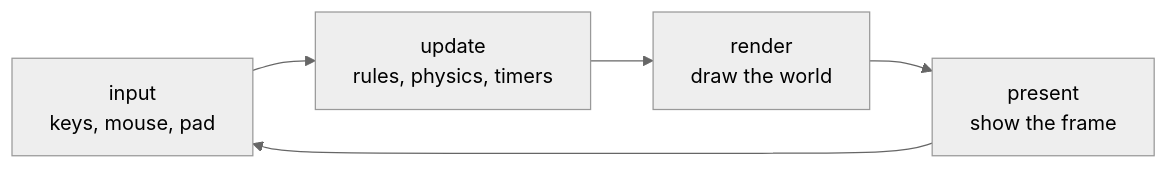
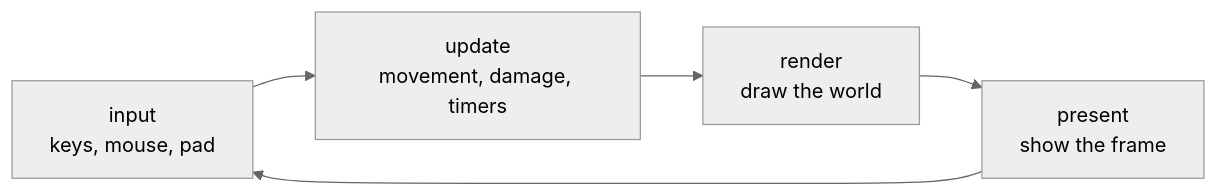
The second of 5 diagrams in site/src/content/docs/pages/1/11.mdx (MustCodeAl/rust-game-hacking-book), drawn with Mermaid (neutral theme) before and after one commit. The commit also changed other lines of this file and 81 other files, not shown here.

````diff
--- a/site/src/content/docs/pages/1/11.mdx
+++ b/site/src/content/docs/pages/1/11.mdx
@@ -125,7 +128,7 @@
 ```mermaid
 flowchart LR
-    I["input<br/>keys, mouse, pad"] --> U["update<br/>rules, physics, timers"]
+    I["input<br/>keys, mouse, pad"] --> U["update<br/>movement, damage, timers"]
     U --> R["render<br/>draw the world"]
     R --> P["present<br/>show the frame"]
     P --> I
 ```
````
